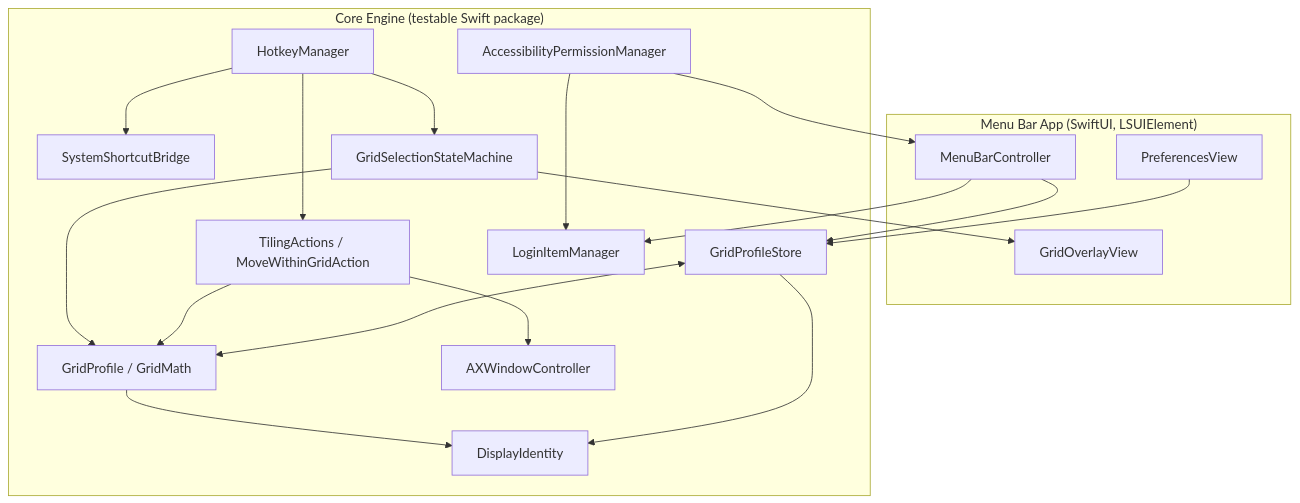
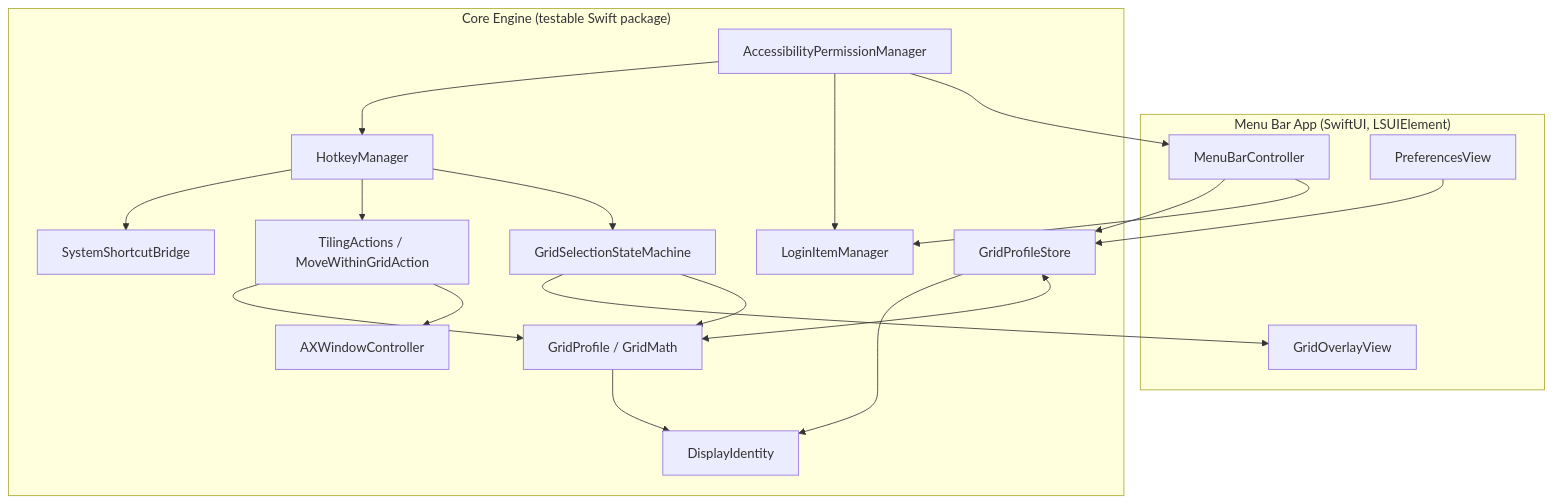
One commit to stefanopineda/quintile changed the first of 3 diagrams in docs/plans/2026-07-07-001-feat-quintile-window-manager-plan.md. Above: the diagram before and after it, drawn with Mermaid. The commit also changed other lines of this file, not shown here.

````diff
--- a/docs/plans/2026-07-07-001-feat-quintile-window-manager-plan.md
+++ b/docs/plans/2026-07-07-001-feat-quintile-window-manager-plan.md
@@ -53,37 +53,38 @@
 ```mermaid
 graph TD
     subgraph "Menu Bar App (SwiftUI, LSUIElement)"
         MenuBar[MenuBarController]
         Prefs[PreferencesView]
         Overlay[GridOverlayView]
     end
 
     subgraph "Core Engine (testable Swift package)"
         Hotkeys[HotkeyManager]
         SysBridge[SystemShortcutBridge]
         StateM[GridSelectionStateMachine]
         Grid[GridProfile / GridMath]
         Actions[TilingActions / MoveWithinGridAction]
         AXCtrl[AXWindowController]
         DisplayID[DisplayIdentity]
         Store[GridProfileStore]
         PermMgr[AccessibilityPermissionManager]
         LoginMgr[LoginItemManager]
     end
 
     Hotkeys --> SysBridge
     Hotkeys --> Actions
     Hotkeys --> StateM
     StateM --> Overlay
     StateM --> Grid
     Actions --> Grid
     Actions --> AXCtrl
     Grid --> DisplayID
     Store --> DisplayID
     Store <--> Grid
     MenuBar --> Store
     MenuBar --> LoginMgr
     Prefs --> Store
+    PermMgr --> Hotkeys
     PermMgr --> LoginMgr
     PermMgr --> MenuBar
 ```
````
